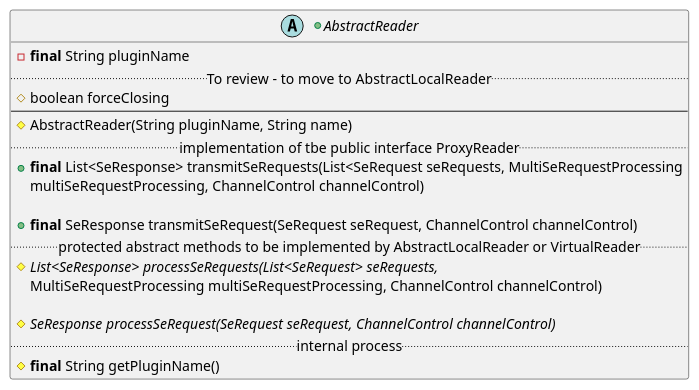
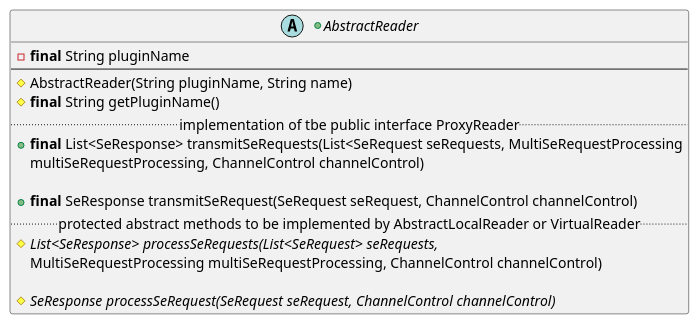
Diagram 12 of 17 in src/KeypleCoreApi/Plugin/puml/KeypleCore-PluginApi-ClassDiag-SE_Proxy-ClassElements.iuml (calypsonet/keyple), drawn with PlantUML before and after one commit. The commit also changed other lines of this file and 4 other files, not shown here.

Commit message:
Create plugin/reader package

```diff
--- a/src/KeypleCoreApi/Plugin/puml/KeypleCore-PluginApi-ClassDiag-SE_Proxy-ClassElements.iuml
+++ b/src/KeypleCoreApi/Plugin/puml/KeypleCore-PluginApi-ClassDiag-SE_Proxy-ClassElements.iuml
@@ -239,23 +210,19 @@
 @startuml(id=PLUGIN_ABSTRACTREADER_0_9_0)
 +abstract AbstractReader {
   -<b>final</b> String pluginName
-  .. To review - to move to AbstractLocalReader ..
-  #boolean forceClosing
   --
   #AbstractReader(String pluginName, String name)
-'
+  #<b>final</b> String getPluginName()
   .. implementation of tbe public interface ProxyReader ..
   +<b>final</b> List<SeResponse> transmitSeRequests(List<SeRequest seRequests, MultiSeRequestProcessing
     multiSeRequestProcessing, ChannelControl channelControl)
 
   +<b>final</b> SeResponse transmitSeRequest(SeRequest seRequest, ChannelControl channelControl)
 '
   .. protected abstract methods to be implemented by AbstractLocalReader or VirtualReader ..
   #{abstract} List<SeResponse> processSeRequests(List<SeRequest> seRequests,
     MultiSeRequestProcessing multiSeRequestProcessing, ChannelControl channelControl)
 
   #{abstract} SeResponse processSeRequest(SeRequest seRequest, ChannelControl channelControl)
-  .. internal process ..
-  #<b>final</b> String getPluginName()
 }
 @enduml
```
